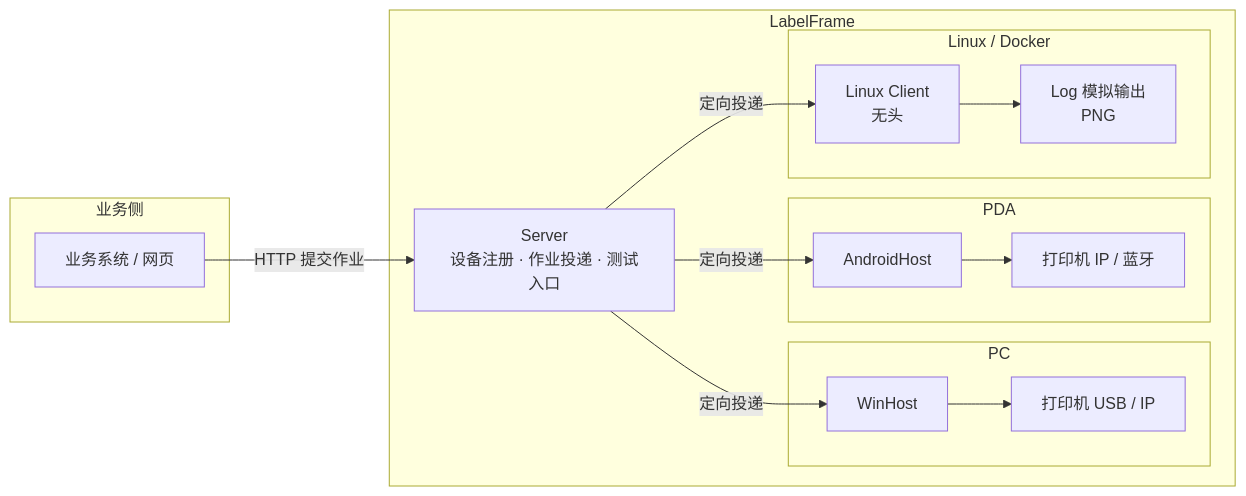
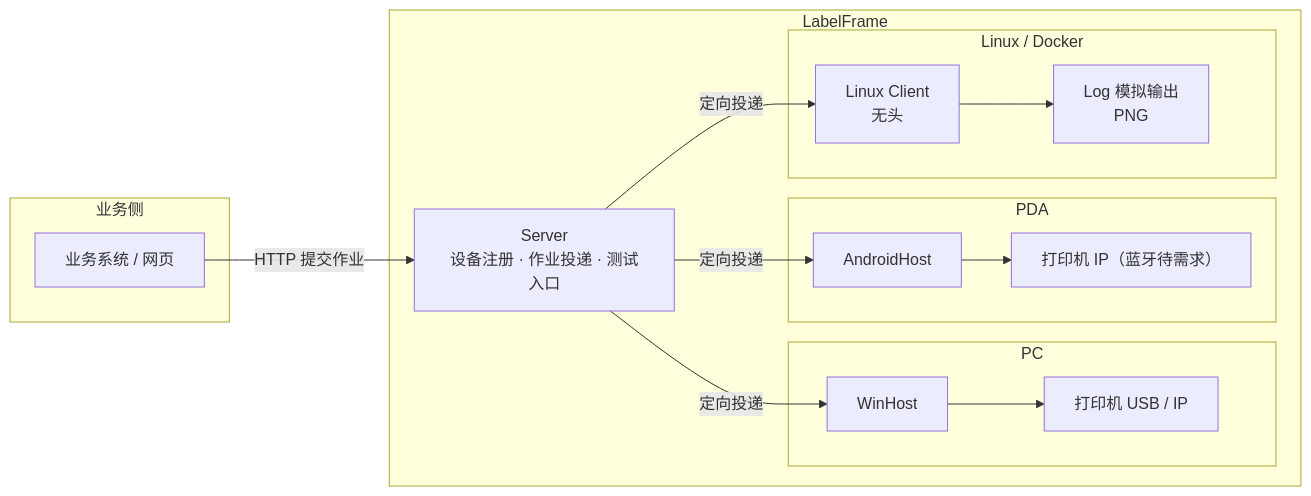
The diagram in docs/DESIGN.md (marci-labs/LabelFrame), drawn with Mermaid before and after one commit. The commit also changed other lines of this file and 9 other files, not shown here.

First line of the commit message:
docs: 文档治理与路线图收口（迭代 36）

````diff
--- a/docs/DESIGN.md
+++ b/docs/DESIGN.md
@@ -29,28 +29,28 @@
 ```mermaid
 flowchart LR
     subgraph 业务侧
         WMS[业务系统 / 网页]
     end
     subgraph LabelFrame
         S[Server<br/>设备注册 · 作业投递 · 测试入口]
         subgraph 设备A[PC]
             W[WinHost]
             P1[打印机 USB / IP]
         end
         subgraph 设备B[PDA]
             A[AndroidHost]
-            P2[打印机 IP / 蓝牙]
+            P2[打印机 IP（蓝牙待需求）]
         end
         subgraph 测试设备[Linux / Docker]
             L[Linux Client<br/>无头]
             O[Log 模拟输出<br/>PNG]
         end
     end
     WMS -->|"HTTP 提交作业"| S
     S -->|"定向投递"| W
     S -->|"定向投递"| A
     S -->|"定向投递"| L
     W --> P1
     A --> P2
     L --> O
 ```
````
